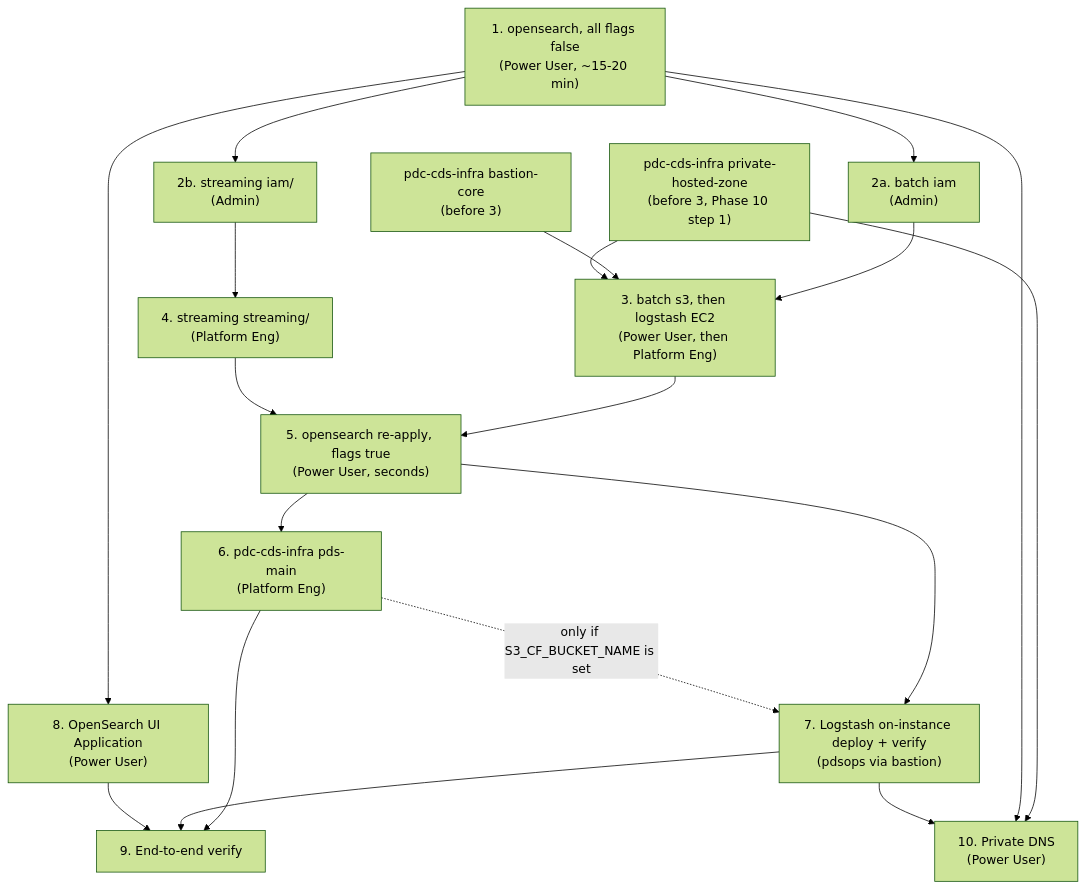
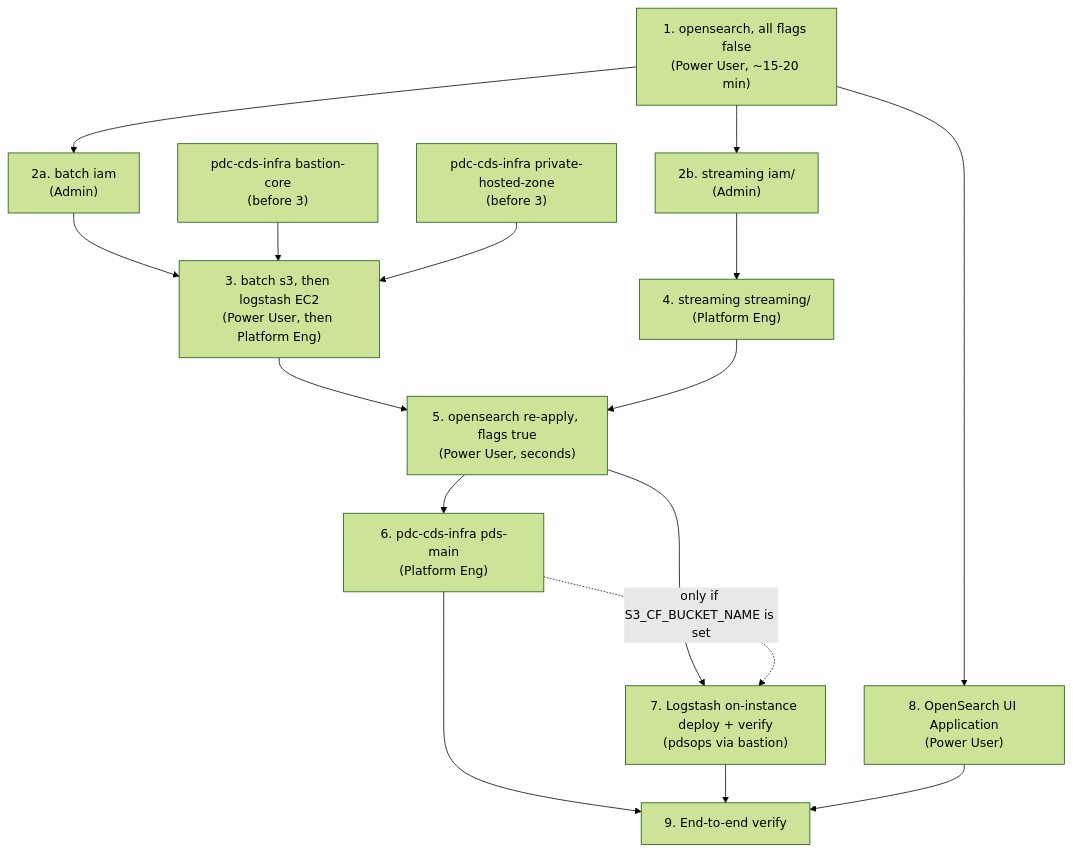
Before and after one commit to NASA-PDS/o11y-platform: the second of 2 diagrams in terraform/README.md, drawn with Mermaid (forest theme). The commit also changed other lines of this file and 9 other files, not shown here.

First line of the commit message:
Document OpenSearch endpoint DNS and the private hosted zone prerequisite

````diff
--- a/terraform/README.md
+++ b/terraform/README.md
@@ -134,34 +134,30 @@
 ```mermaid
 flowchart TD
     P1["1. opensearch, all flags false\n(Power User, ~15-20 min)"]
     P2a["2a. batch iam\n(Admin)"]
     P2b["2b. streaming iam/\n(Admin)"]
     P3["3. batch s3, then logstash EC2\n(Power User, then Platform Eng)"]
     P4["4. streaming streaming/\n(Platform Eng)"]
     P5["5. opensearch re-apply, flags true\n(Power User, seconds)"]
     P6["6. pdc-cds-infra pds-main\n(Platform Eng)"]
     P7["7. Logstash on-instance deploy + verify\n(pdsops via bastion)"]
     P8["8. OpenSearch UI Application\n(Power User)"]
     P9["9. End-to-end verify"]
-    P10["10. Private DNS\n(Power User)"]
     PB["pdc-cds-infra bastion-core\n(before 3)"]
-    PZ["pdc-cds-infra private-hosted-zone\n(before 3, Phase 10 step 1)"]
+    PZ["pdc-cds-infra private-hosted-zone\n(before 3)"]
 
     P1 --> P2a & P2b
     P2a --> P3
     PB --> P3
     PZ --> P3
-    PZ --> P10
     P2b --> P4
     P3 --> P5
     P4 --> P5
     P5 --> P6
     P5 --> P7
     P6 -.->|"only if S3_CF_BUCKET_NAME is set"| P7
     P1 --> P8
     P6 --> P9
     P7 --> P9
     P8 --> P9
-    P1 --> P10
-    P7 --> P10
 ```
````
